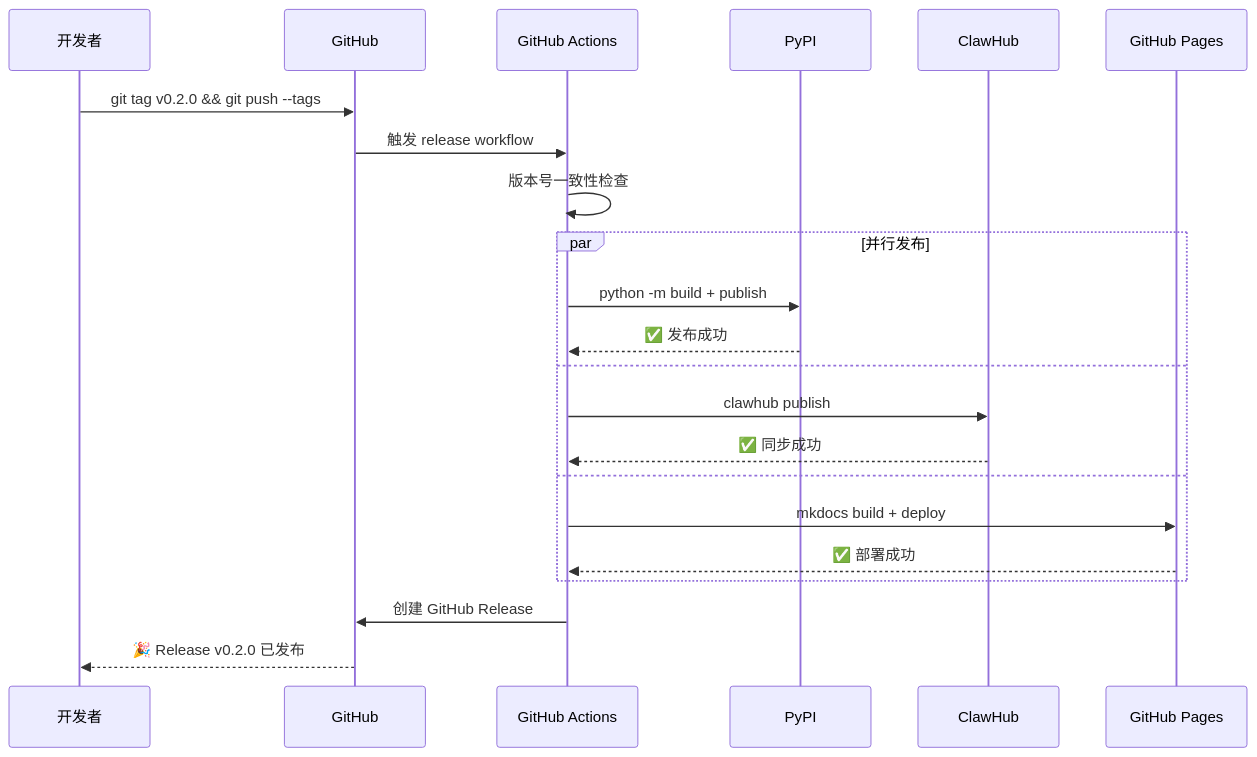
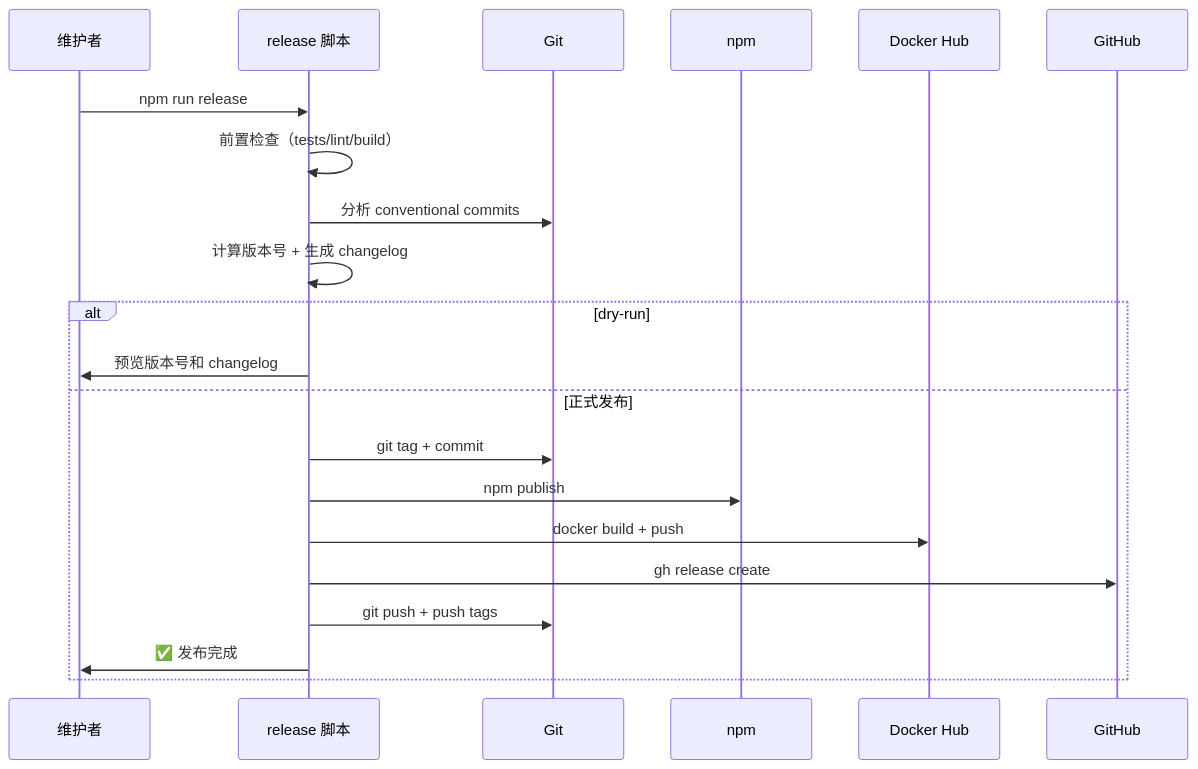
The first of 3 diagrams in docs/product/PRD-sprint2.md (MoyuFamily/agent-roundtable), drawn with Mermaid before and after one commit. The commit also changed other lines of this file, not shown here.

````diff
--- a/docs/product/PRD-sprint2.md
+++ b/docs/product/PRD-sprint2.md
@@ -329,28 +186,25 @@
 ```mermaid
 sequenceDiagram
-    participant Dev as 开发者
+    participant U as 维护者
+    participant S as release 脚本
+    participant G as Git
+    participant N as npm
+    participant D as Docker Hub
     participant GH as GitHub
-    participant CI as GitHub Actions
-    participant PyPI as PyPI
-    participant CH as ClawHub
-    participant GP as GitHub Pages
+
+    U->>S: npm run release
+    S->>S: 前置检查（tests/lint/build）
+    S->>G: 分析 conventional commits
+    S->>S: 计算版本号 + 生成 changelog
     
-    Dev->>GH: git tag v0.2.0 && git push --tags
-    GH->>CI: 触发 release workflow
-    
-    CI->>CI: 版本号一致性检查
-    
-    par 并行发布
-        CI->>PyPI: python -m build + publish
-        PyPI-->>CI: ✅ 发布成功
-    and
-        CI->>CH: clawhub publish
-        CH-->>CI: ✅ 同步成功
-    and
-        CI->>GP: mkdocs build + deploy
-        GP-->>CI: ✅ 部署成功
+    alt dry-run
+        S->>U: 预览版本号和 changelog
+    else 正式发布
+        S->>G: git tag + commit
+        S->>N: npm publish
+        S->>D: docker build + push
+        S->>GH: gh release create
+        S->>G: git push + push tags
+        S->>U: ✅ 发布完成
     end
-    
-    CI->>GH: 创建 GitHub Release
-    GH-->>Dev: 🎉 Release v0.2.0 已发布
 ```
````
